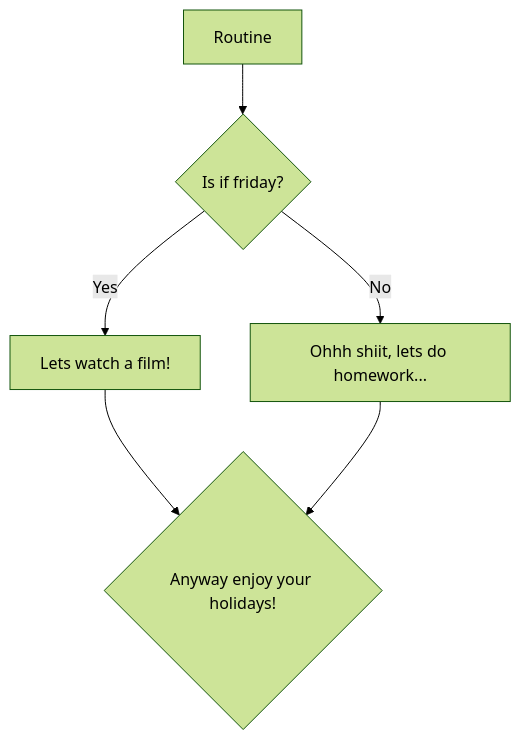
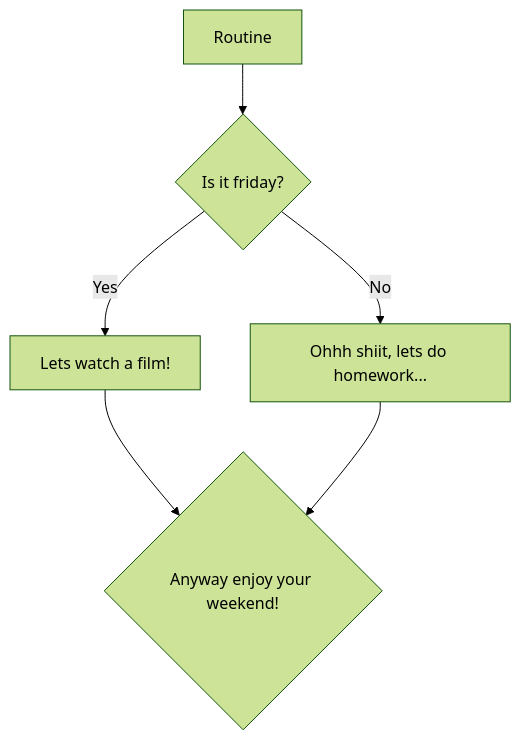
Before and after one commit to gor023/JustATest: the diagram in mermaid.md, drawn with Mermaid (forest theme).

Commit message:
spelling errors fixed

````diff
--- a/mermaid.md
+++ b/mermaid.md
@@ -1,8 +1,8 @@
 ```mermaid
 flowchart TD
-    A[Routine] --> B{Is if friday?}
+    A[Routine] --> B{Is it friday?}
     B -- Yes --> C[Lets watch a film!]
     B -- No --> D[Ohhh shiit, lets do homework...]
-    C --> E{Anyway enjoy your holidays!}
-    D --> E{Anyway enjoy your holidays!}
+    C --> E{Anyway enjoy your weekend!}
+    D --> E{Anyway enjoy your weekend!}
 ```
````
